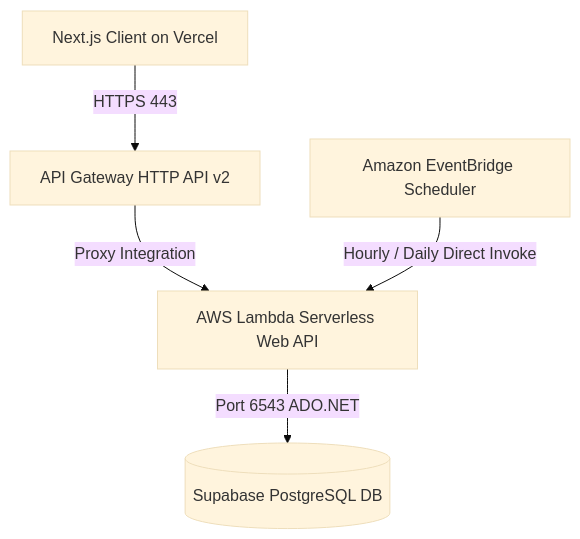
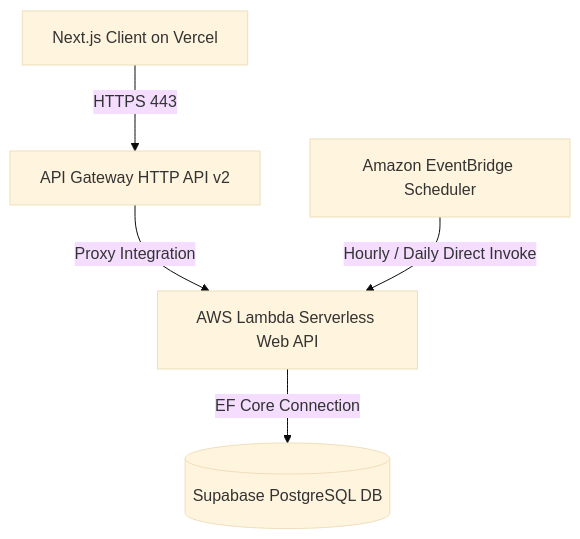
The diagram in README.md (RyanMyatThu-dev/FinancialManagement), drawn with Mermaid (base theme) before and after one commit. The commit also changed other lines of this file, not shown here.

Commit message:
docs: correct database port and connection details in README

````diff
--- a/README.md
+++ b/README.md
@@ -11,7 +11,7 @@
 ```mermaid
 graph TD
     Client[Next.js Client on Vercel] -->|HTTPS 443| APIGW[API Gateway HTTP API v2]
     APIGW -->|Proxy Integration| Lambda[AWS Lambda Serverless Web API]
-    Lambda -->|Port 6543 ADO.NET| Supabase[(Supabase PostgreSQL DB)]
+    Lambda -->|EF Core Connection| Supabase[(Supabase PostgreSQL DB)]
     EventBridge[Amazon EventBridge Scheduler] -->|Hourly / Daily Direct Invoke| Lambda
 ```
````
